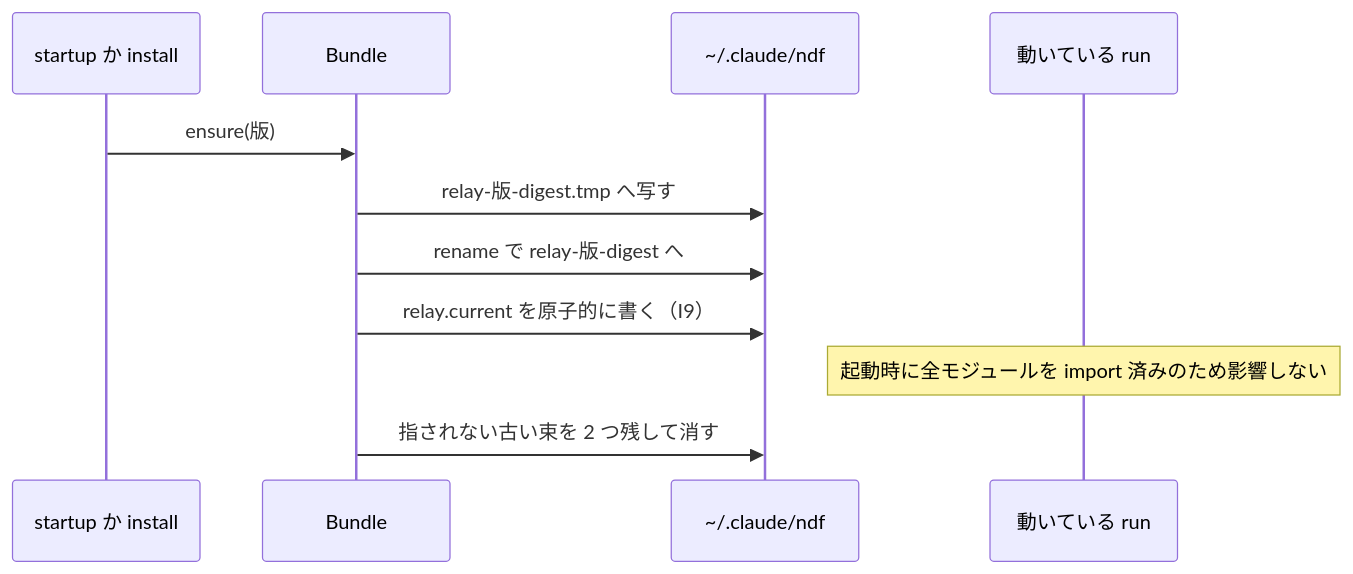
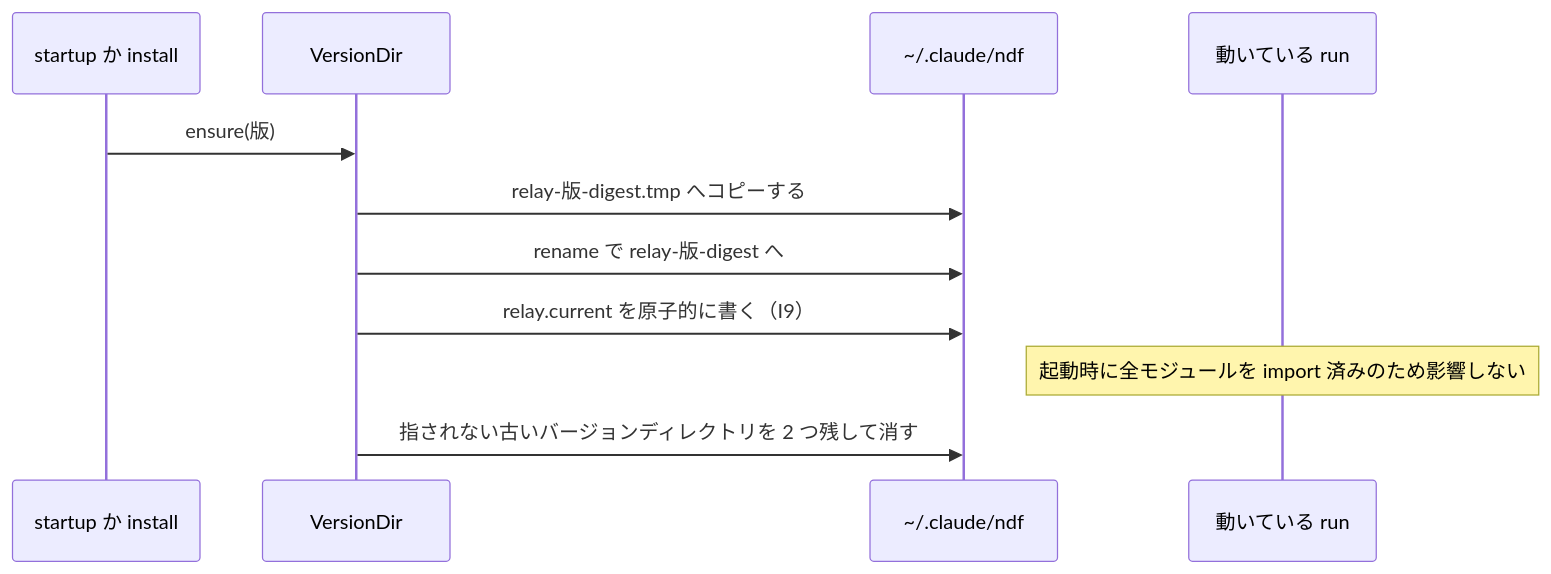
One commit to devbasex/ai-plugins changed the eighth of 9 diagrams in issues/issue-1142-design.md. Above: the diagram before and after it, drawn with Mermaid. The commit also changed other lines of this file and 5 other files, not shown here.

````diff
--- a/issues/issue-1142-design.md
+++ b/issues/issue-1142-design.md
@@ -439,13 +441,13 @@
 ```mermaid
 sequenceDiagram
     participant H as startup か install
-    participant B as Bundle
+    participant B as VersionDir
     participant F as ~/.claude/ndf
     participant R as 動いている run
     H->>B: ensure(版)
-    B->>F: relay-版-digest.tmp へ写す
+    B->>F: relay-版-digest.tmp へコピーする
     B->>F: rename で relay-版-digest へ
     B->>F: relay.current を原子的に書く（I9）
     Note over R: 起動時に全モジュールを import 済みのため影響しない
-    B->>F: 指されない古い束を 2 つ残して消す
+    B->>F: 指されない古いバージョンディレクトリを 2 つ残して消す
 ```
````
